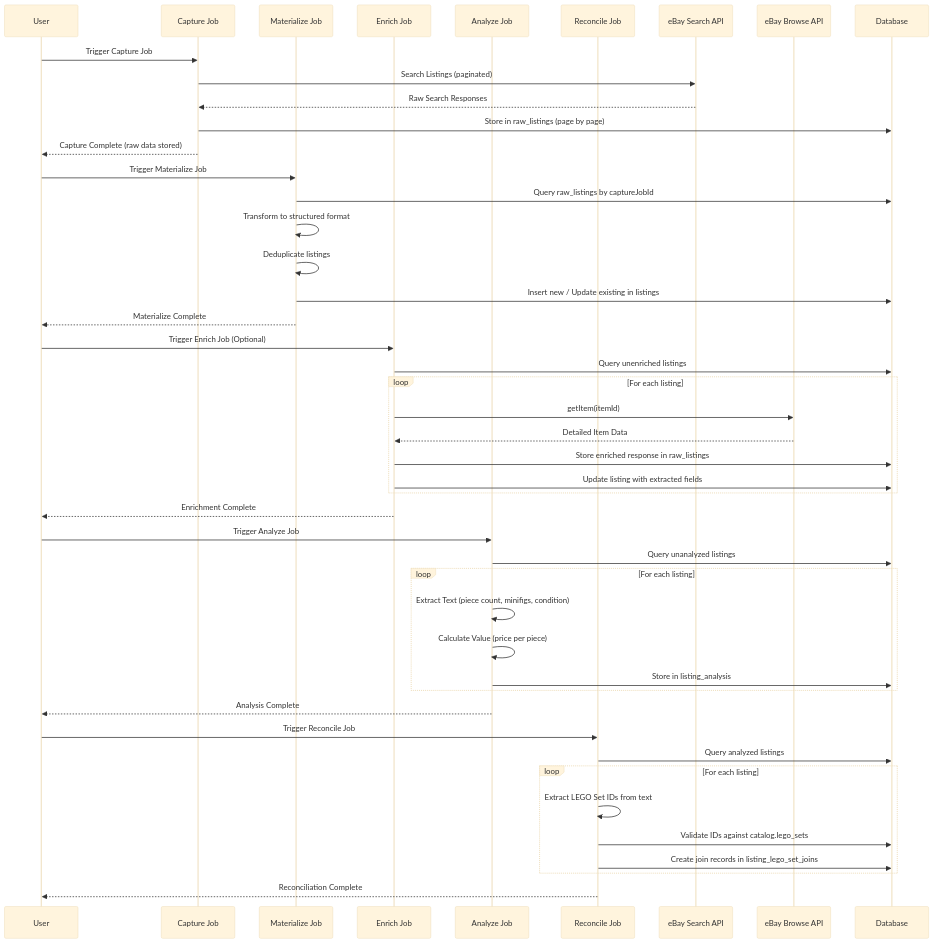
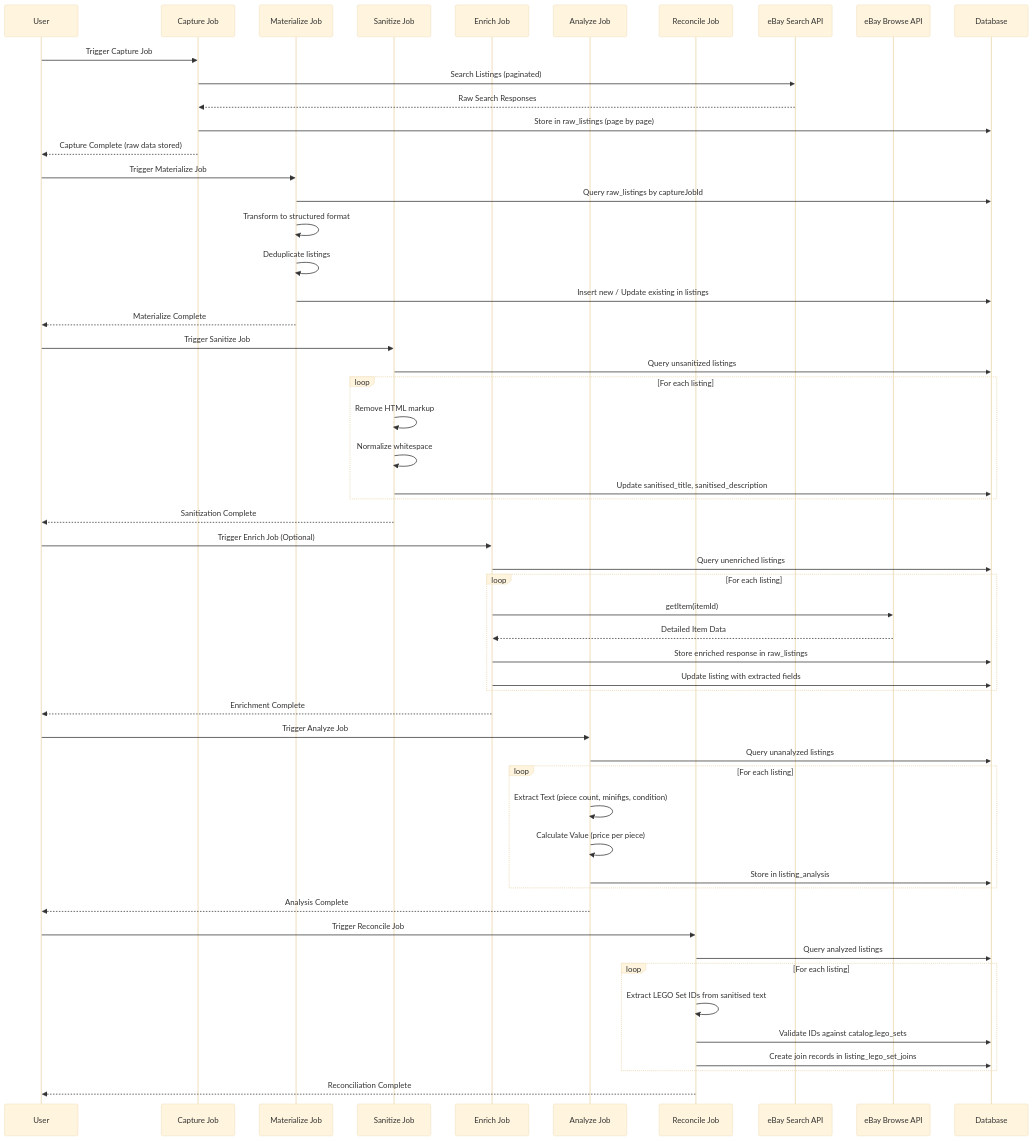
Before and after one commit to jeshuamaxey/brick-index: the second of 3 diagrams in docs/pipeline.md, drawn with Mermaid (base theme). The commit also changed other lines of this file and 3 other files, not shown here.

````diff
--- a/docs/pipeline.md
+++ b/docs/pipeline.md
@@ -58,53 +58,63 @@
 ```mermaid
 sequenceDiagram
     participant User
     participant Capture as Capture Job
     participant Materialize as Materialize Job
+    participant Sanitize as Sanitize Job
     participant Enrich as Enrich Job
     participant Analyze as Analyze Job
     participant Reconcile as Reconcile Job
     participant SearchAPI as eBay Search API
     participant BrowseAPI as eBay Browse API
     participant DB as Database
     
     User->>Capture: Trigger Capture Job
     Capture->>SearchAPI: Search Listings (paginated)
     SearchAPI-->>Capture: Raw Search Responses
     Capture->>DB: Store in raw_listings (page by page)
     Capture-->>User: Capture Complete (raw data stored)
     
     User->>Materialize: Trigger Materialize Job
     Materialize->>DB: Query raw_listings by captureJobId
     Materialize->>Materialize: Transform to structured format
     Materialize->>Materialize: Deduplicate listings
     Materialize->>DB: Insert new / Update existing in listings
     Materialize-->>User: Materialize Complete
+    
+    User->>Sanitize: Trigger Sanitize Job
+    Sanitize->>DB: Query unsanitized listings
+    loop For each listing
+        Sanitize->>Sanitize: Remove HTML markup
+        Sanitize->>Sanitize: Normalize whitespace
+        Sanitize->>DB: Update sanitised_title, sanitised_description
+    end
+    Sanitize-->>User: Sanitization Complete
     
     User->>Enrich: Trigger Enrich Job (Optional)
     Enrich->>DB: Query unenriched listings
     loop For each listing
         Enrich->>BrowseAPI: getItem(itemId)
         BrowseAPI-->>Enrich: Detailed Item Data
         Enrich->>DB: Store enriched response in raw_listings
         Enrich->>DB: Update listing with extracted fields
     end
     Enrich-->>User: Enrichment Complete
     
     User->>Analyze: Trigger Analyze Job
     Analyze->>DB: Query unanalyzed listings
     loop For each listing
         Analyze->>Analyze: Extract Text (piece count, minifigs, condition)
         Analyze->>Analyze: Calculate Value (price per piece)
         Analyze->>DB: Store in listing_analysis
     end
     Analyze-->>User: Analysis Complete
     
     User->>Reconcile: Trigger Reconcile Job
     Reconcile->>DB: Query analyzed listings
     loop For each listing
-        Reconcile->>Reconcile: Extract LEGO Set IDs from text
+        Reconcile->>Reconcile: Extract LEGO Set IDs from sanitised text
         Reconcile->>DB: Validate IDs against catalog.lego_sets
         Reconcile->>DB: Create join records in listing_lego_set_joins
     end
     Reconcile-->>User: Reconciliation Complete
 ```
````
